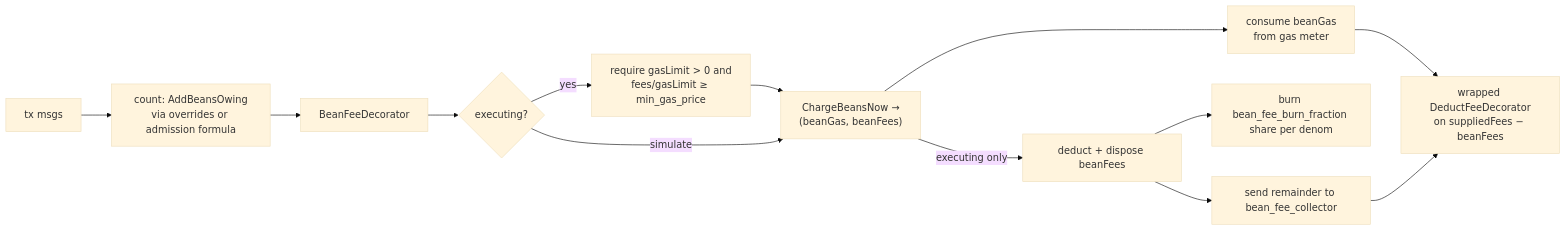
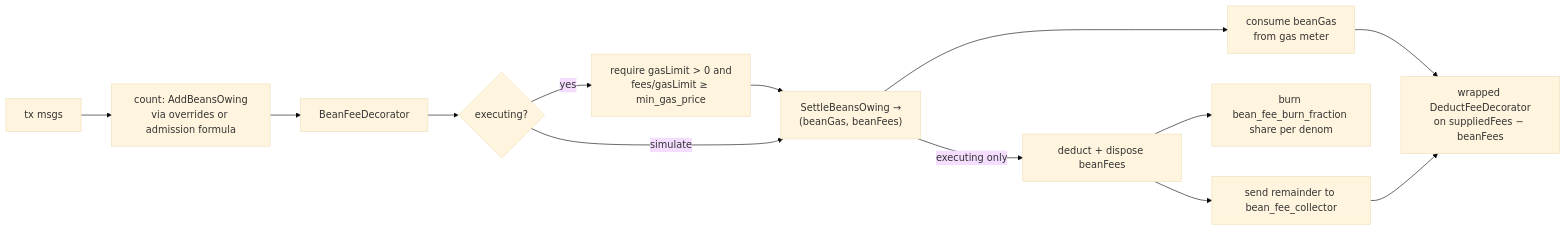
Before and after one commit to kriscendobot/agoric-sdk: the diagram in designs/beans-v2-deflation.md, drawn with Mermaid (base theme). The commit also changed other lines of this file, not shown here.

First line of the commit message:
docs(beans-v2): resolve @michaelfig review — SettleBeansOwing, USDC example, complete override sentence

````diff
--- a/designs/beans-v2-deflation.md
+++ b/designs/beans-v2-deflation.md
@@ -204,14 +208,14 @@
 ```mermaid
 flowchart LR
   A[tx msgs] --> B[count: AddBeansOwing\nvia overrides or admission formula]
   B --> C[BeanFeeDecorator]
   C --> D{executing?}
   D -- yes --> E[require gasLimit > 0 and\nfees/gasLimit ≥ min_gas_price]
-  E --> F["ChargeBeansNow →\n(beanGas, beanFees)"]
+  E --> F["SettleBeansOwing →\n(beanGas, beanFees)"]
   D -- simulate --> F
   F --> G[consume beanGas\nfrom gas meter]
   F -- executing only --> H[deduct + dispose beanFees]
   H --> I[burn bean_fee_burn_fraction share per denom]
   H --> J[send remainder to bean_fee_collector]
   G & J --> K["wrapped DeductFeeDecorator\non suppliedFees − beanFees"]
 ```
````
